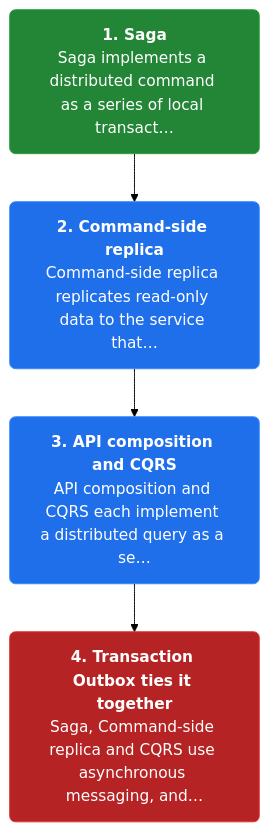
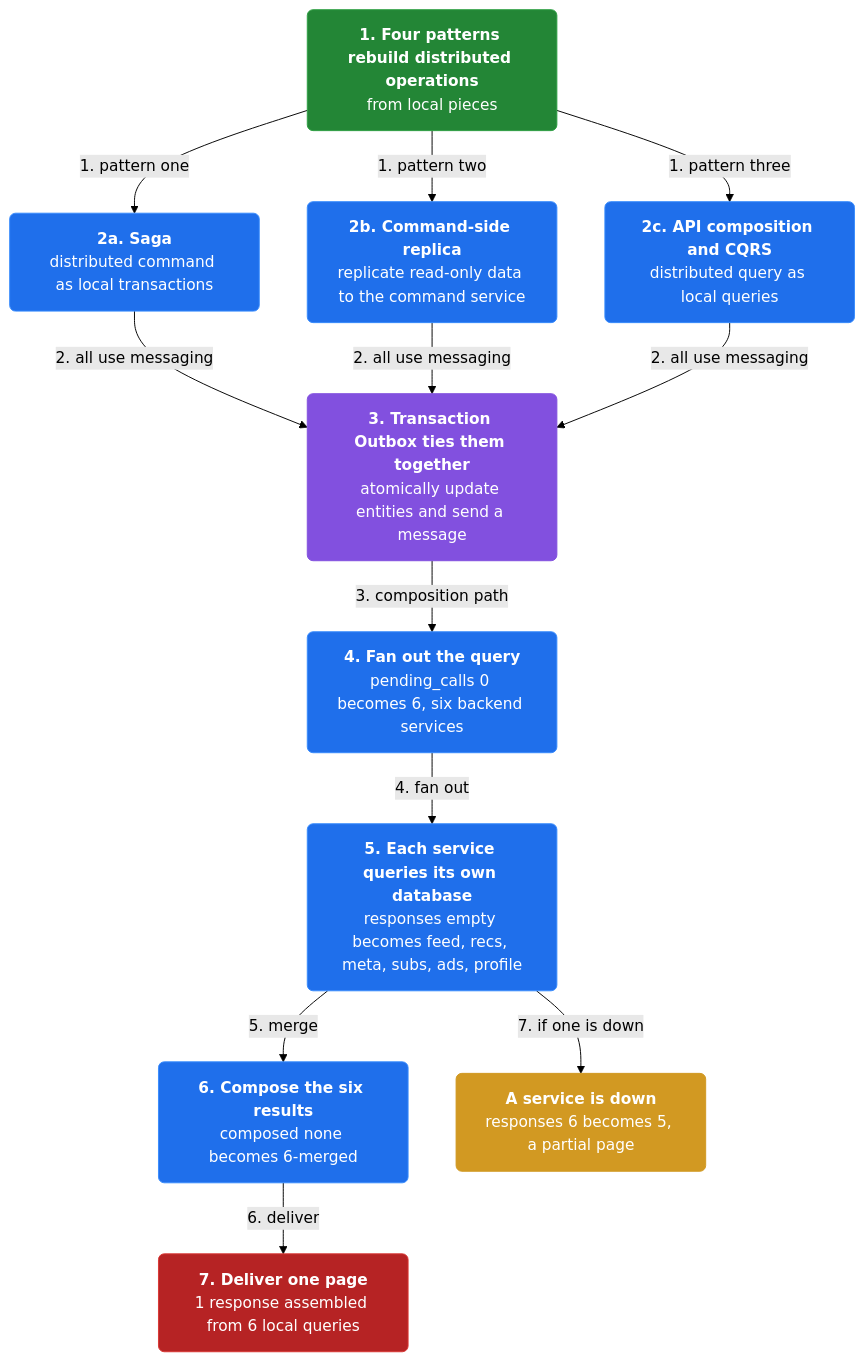
Before and after one commit to vinayakuber/microservices-io-study-guide: the fourth of 4 diagrams in docs/ch02-microservice-architecture.md, drawn with Mermaid (forest theme). The commit also changed other lines of this file and 46 other files, not shown here.

First line of the commit message:
Author rich branching flow diagrams for all 44 chapters

````diff
--- a/docs/ch02-microservice-architecture.md
+++ b/docs/ch02-microservice-architecture.md
@@ -143,13 +171,29 @@
 ```mermaid
 flowchart TD
-  classDef step fill:#1f6feb,color:#ffffff,stroke:#388bfd,stroke-width:1px,rx:6
+  classDef step fill:#1f6feb,color:#ffffff,stroke:#388bfd,rx:6
+  classDef core fill:#8250df,color:#ffffff,stroke:#8250df,rx:6
+  classDef warn fill:#d29922,color:#ffffff,stroke:#d29922,rx:6
   classDef start fill:#238636,color:#ffffff,stroke:#2ea043,rx:6
   classDef stop fill:#b62324,color:#ffffff,stroke:#da3633,rx:6
-  s3n0["<b>1. Saga</b><br/>Saga implements a distributed command as a series of local transact…"]:::start
-  s3n1["<b>2. Command-side replica</b><br/>Command-side replica replicates read-only data to the service that…"]:::step
-  s3n2["<b>3. API composition and CQRS</b><br/>API composition and CQRS each implement a distributed query as a se…"]:::step
-  s3n3["<b>4. Transaction Outbox ties it together</b><br/>Saga, Command-side replica and CQRS use asynchronous messaging, and…"]:::stop
-  s3n0 --> s3n1
-  s3n1 --> s3n2
-  s3n2 --> s3n3
+  n0["<b>1. Four patterns rebuild distributed operations</b><br/>from local pieces"]:::start
+  n1["<b>2a. Saga</b><br/>distributed command as local transactions"]:::step
+  n2["<b>2b. Command-side replica</b><br/>replicate read-only data to the command service"]:::step
+  n3["<b>2c. API composition and CQRS</b><br/>distributed query as local queries"]:::step
+  n4["<b>3. Transaction Outbox ties them together</b><br/>atomically update entities and send a message"]:::core
+  n5["<b>4. Fan out the query</b><br/>pending_calls 0 becomes 6, six backend services"]:::step
+  n6["<b>5. Each service queries its own database</b><br/>responses empty becomes feed, recs, meta, subs, ads, profile"]:::step
+  n7["<b>6. Compose the six results</b><br/>composed none becomes 6-merged"]:::step
+  n8["<b>7. Deliver one page</b><br/>1 response assembled from 6 local queries"]:::stop
+  n9["<b>A service is down</b><br/>responses 6 becomes 5, a partial page"]:::warn
+  n0 -->|"1. pattern one"| n1
+  n0 -->|"1. pattern two"| n2
+  n0 -->|"1. pattern three"| n3
+  n1 -->|"2. all use messaging"| n4
+  n2 -->|"2. all use messaging"| n4
+  n3 -->|"2. all use messaging"| n4
+  n4 -->|"3. composition path"| n5
+  n5 -->|"4. fan out"| n6
+  n6 -->|"5. merge"| n7
+  n7 -->|"6. deliver"| n8
+  n6 -->|"7. if one is down"| n9
 ```
````
